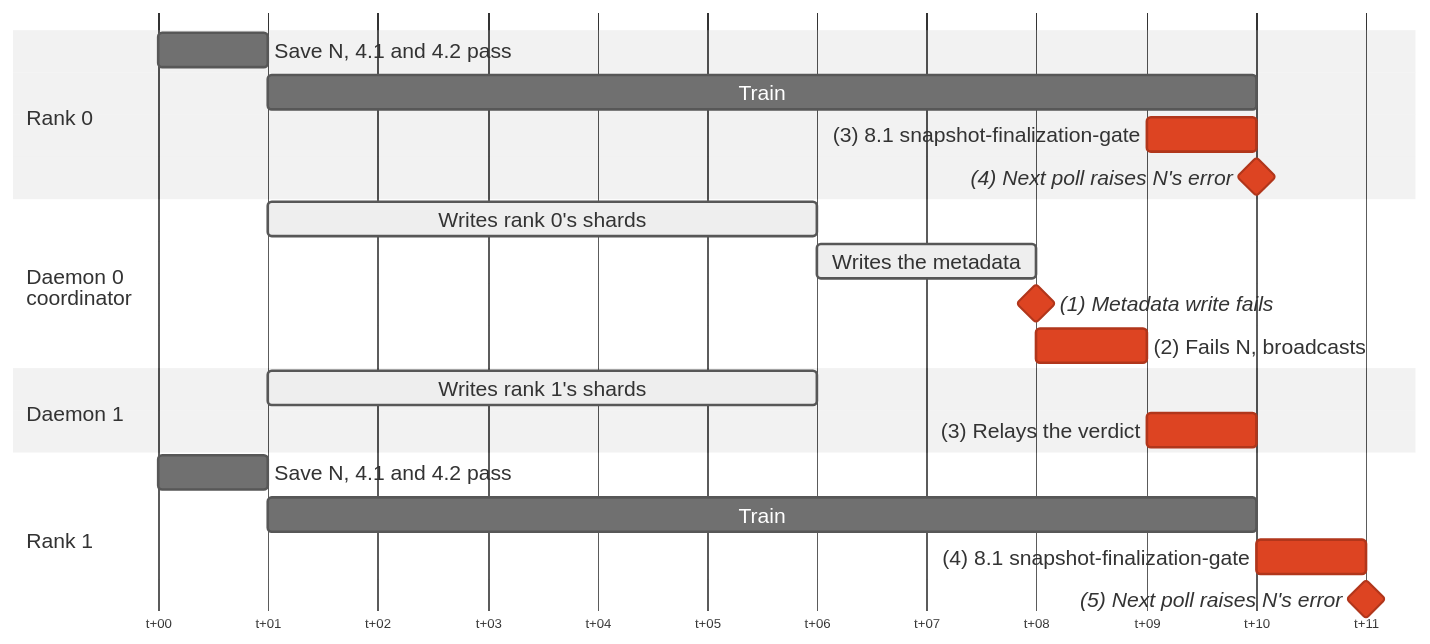
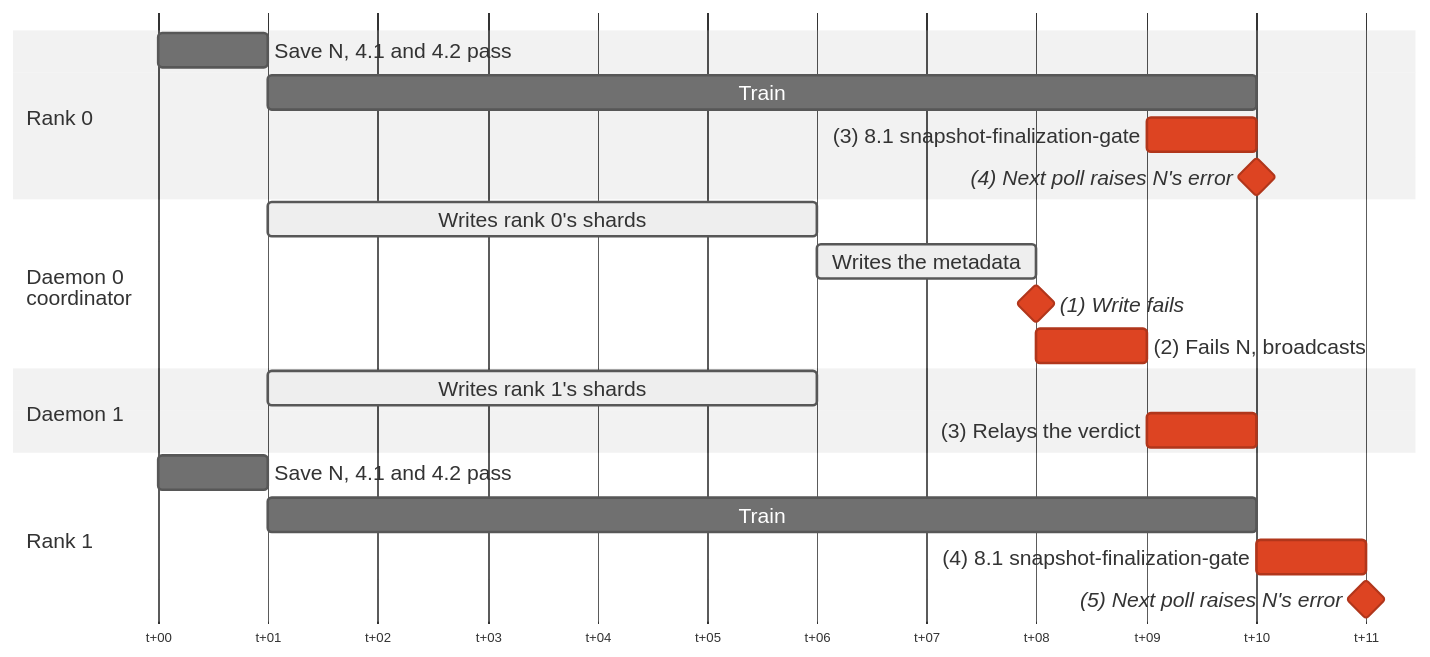
One commit to ankurv-nvidia/nvrx_checkpointing changed diagram 11 of 14 in docs/Design.md. Above: the diagram before and after it, drawn with Mermaid (neutral theme). The commit also changed other lines of this file, not shown here.

Commit message:
Update diagrams

````diff
--- a/docs/Design.md
+++ b/docs/Design.md
@@ -685,29 +681,29 @@
 ```mermaid
-%%{init: {"gantt": {"fontSize": 16, "sectionFontSize": 16, "barHeight": 26, "barGap": 6, "leftPadding": 110, "topPadding": 40}}}%%
+%%{init: {"gantt": {"fontSize": 16, "sectionFontSize": 16, "barHeight": 26, "barGap": 6, "leftPadding": 110, "topPadding": 50}}}%%
 gantt
     dateFormat HH:mm
     axisFormat t+%M
     todayMarker off
 
     section Rank 0
-    Save N, 4.1 and 4.2 pass            :r0a, 00:00, 1m
-    Train                               :r0b, 00:01, 9m
-    (3) 8.1 snapshot-finalization-gate  :crit, r0c, 00:09, 1m
-    (4) Next poll raises N's error      :crit, milestone, r0d, 00:10, 0m
+    Save N, 4.1 and 4.2 pass                  :r0a, 00:00, 1m
+    Train                                     :r0b, 00:01, 9m
+    (3) 8.1 snapshot-finalization-gate        :crit, r0c, 00:09, 1m
+    (4) Next poll raises N's error            :crit, milestone, r0d, 00:10, 0m
 
     section Daemon 0<br>coordinator
-    Writes rank 0's shards              :active, d0a, 00:01, 5m
-    Writes the metadata                 :active, d0b, 00:06, 2m
-    (1) Metadata write fails            :crit, milestone, d0c, 00:08, 0m
-    (2) Fails N, broadcasts             :crit, d0d, 00:08, 1m
+    Writes rank 0's shards                    :active, d0a, 00:01, 5m
+    Writes the metadata                       :active, d0b, 00:06, 2m
+    (1) Write fails                           :crit, milestone, d0c, 00:08, 0m
+    (2) Fails N, broadcasts                   :crit, d0d, 00:08, 1m
 
     section Daemon 1
-    Writes rank 1's shards              :active, d1a, 00:01, 5m
-    (3) Relays the verdict              :crit, d1b, 00:09, 1m
+    Writes rank 1's shards                    :active, d1a, 00:01, 5m
+    (3) Relays the verdict                    :crit, d1b, 00:09, 1m
 
     section Rank 1
-    Save N, 4.1 and 4.2 pass            :r1a, 00:00, 1m
-    Train                               :r1b, 00:01, 9m
-    (4) 8.1 snapshot-finalization-gate  :crit, r1c, 00:10, 1m
-    (5) Next poll raises N's error      :crit, milestone, r1d, 00:11, 0m
+    Save N, 4.1 and 4.2 pass                  :r1a, 00:00, 1m
+    Train                                     :r1b, 00:01, 9m
+    (4) 8.1 snapshot-finalization-gate        :crit, r1c, 00:10, 1m
+    (5) Next poll raises N's error            :crit, milestone, r1d, 00:11, 0m
 ```
````
